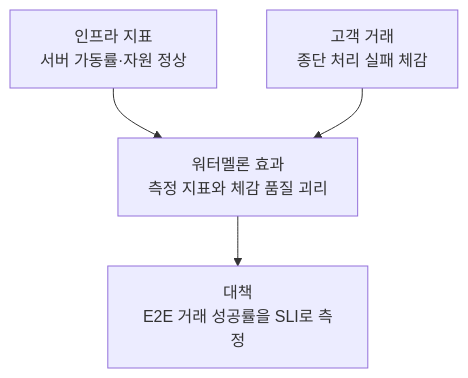
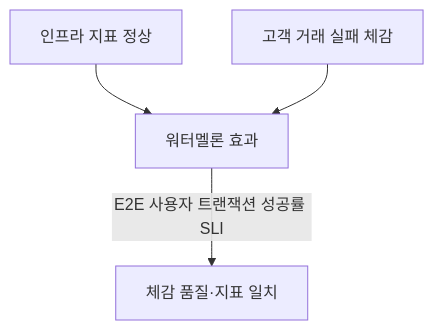
One commit to agnusdei1207/study changed the fourth of 5 diagrams in src/content/docs/notes/itpe/01-it-strategy/006_sla.md. Above: the diagram before and after it, drawn with Mermaid. The commit also changed other lines of this file and 19 other files, not shown here.

````diff
--- a/src/content/docs/notes/itpe/01-it-strategy/006_sla.md
+++ b/src/content/docs/notes/itpe/01-it-strategy/006_sla.md
@@ -116,6 +118,6 @@
 ```mermaid
 flowchart TD
-    INFRA["인프라 지표<br/>서버 가동률·자원 정상"] --> GAP["워터멜론 효과<br/>측정 지표와 체감 품질 괴리"]
-    USER["고객 거래<br/>종단 처리 실패 체감"] --> GAP
-    GAP --> E2E["대책<br/>E2E 거래 성공률을 SLI로 측정"]
+    INFRA["인프라 지표 정상"] --> GAP["워터멜론 효과"]
+    USER["고객 거래 실패 체감"] --> GAP
+    GAP -->|"E2E 사용자 트랜잭션 성공률 SLI"| FIX["체감 품질·지표 일치"]
 ```
````
